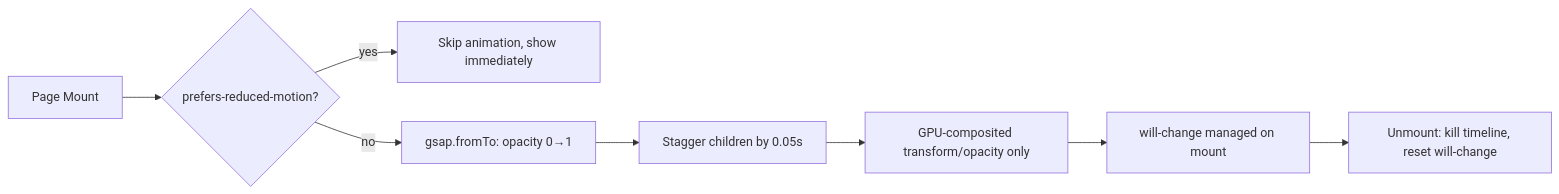
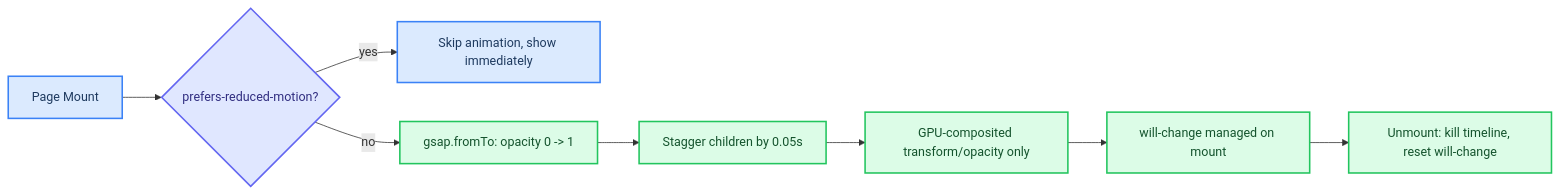
One commit to SafeVixAI/SafeVixAI changed the second of 3 diagrams in docs/architecture/DESIGN.md. Above: the diagram before and after it, drawn with Mermaid. The commit also changed other lines of this file and 85 other files, not shown here.

Commit message:
docs: Fix Mermaid diagrams, resolve relative link warnings, and ensure clean mkdocs build

````diff
--- a/docs/architecture/DESIGN.md
+++ b/docs/architecture/DESIGN.md
@@ -139,10 +148,19 @@
 ```mermaid
 flowchart LR
-    A[Page Mount] --> B{prefers-reduced-motion?}
-    B -->|yes| C[Skip animation, show immediately]
-    B -->|no| D[gsap.fromTo: opacity 0→1]
-    D --> E[Stagger children by 0.05s]
-    E --> F[GPU-composited transform/opacity only]
-    F --> G[will-change managed on mount]
-    G --> H[Unmount: kill timeline, reset will-change]
+    classDef edge fill:#dbeafe,stroke:#3b82f6,stroke-width:2px,color:#1e3a5f
+    classDef control fill:#dcfce7,stroke:#22c55e,stroke-width:2px,color:#14532d
+    classDef ai fill:#f3e8ff,stroke:#a855f7,stroke-width:2px,color:#581c87
+    classDef data fill:#fef3c7,stroke:#f59e0b,stroke-width:2px,color:#78350f
+    classDef security fill:#fee2e2,stroke:#ef4444,stroke-width:2px,color:#7f1d1d
+    classDef external fill:#f1f5f9,stroke:#94a3b8,stroke-width:2px,stroke-dasharray:5 5,color:#334155
+    classDef decision fill:#e0e7ff,stroke:#6366f1,stroke-width:2px,color:#312e81
+    classDef success fill:#d1fae5,stroke:#10b981,stroke-width:2px,color:#064e3b
+
+    A["Page Mount"]:::edge --> B{"prefers-reduced-motion?"}:::decision
+    B -->|"yes"| C["Skip animation, show immediately"]:::edge
+    B -->|"no"| D["gsap.fromTo: opacity 0 -> 1"]:::control
+    D --> E["Stagger children by 0.05s"]:::control
+    E --> F["GPU-composited transform/opacity only"]:::control
+    F --> G["will-change managed on mount"]:::control
+    G --> H["Unmount: kill timeline, reset will-change"]:::control
 ```
````
